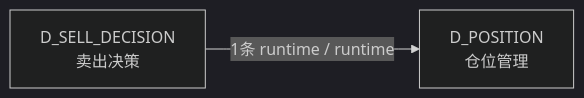
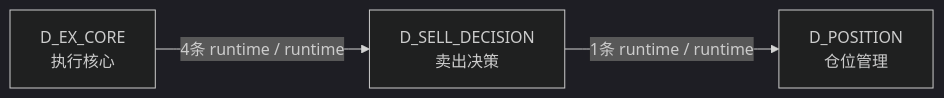
Before and after one commit to xuanFelixVan/ZephyrAlpha: the third of 3 diagrams in docs/02_enterprise_architecture/02_domain_architecture_docs/67_d_sell_decision.md, drawn with Mermaid (dark theme). The commit also changed other lines of this file and 43 other files, not shown here.

````diff
--- a/docs/02_enterprise_architecture/02_domain_architecture_docs/67_d_sell_decision.md
+++ b/docs/02_enterprise_architecture/02_domain_architecture_docs/67_d_sell_decision.md
@@ -127,6 +127,8 @@
 ```mermaid
 graph LR
     D_SELL_DECISION["D_SELL_DECISION<br/>卖出决策"]
     D_POSITION["D_POSITION<br/>仓位管理"]
+    D_EX_CORE["D_EX_CORE<br/>执行核心"]
     D_SELL_DECISION -->|1条 runtime / runtime| D_POSITION
+    D_EX_CORE -->|4条 runtime / runtime| D_SELL_DECISION
 ```
````
